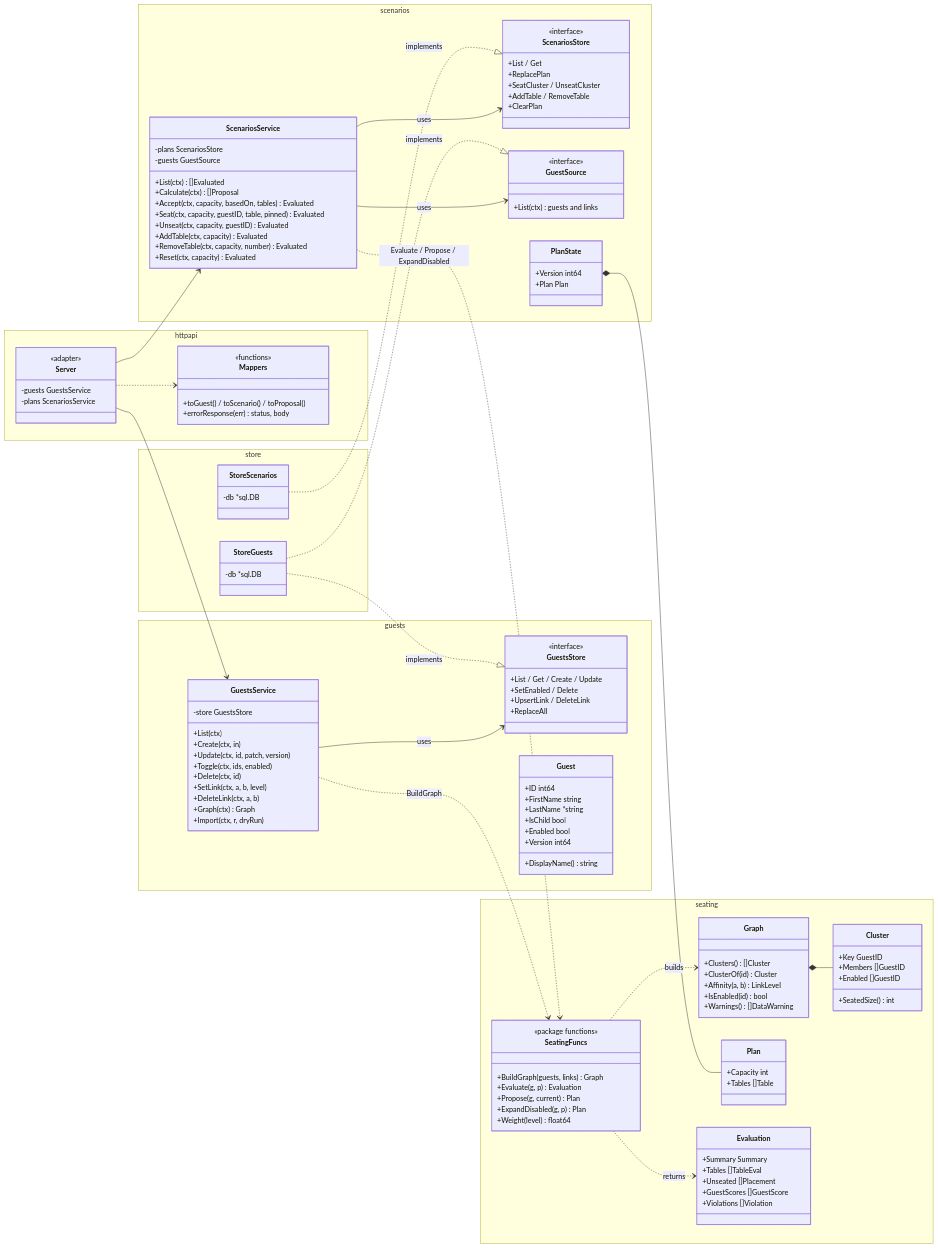
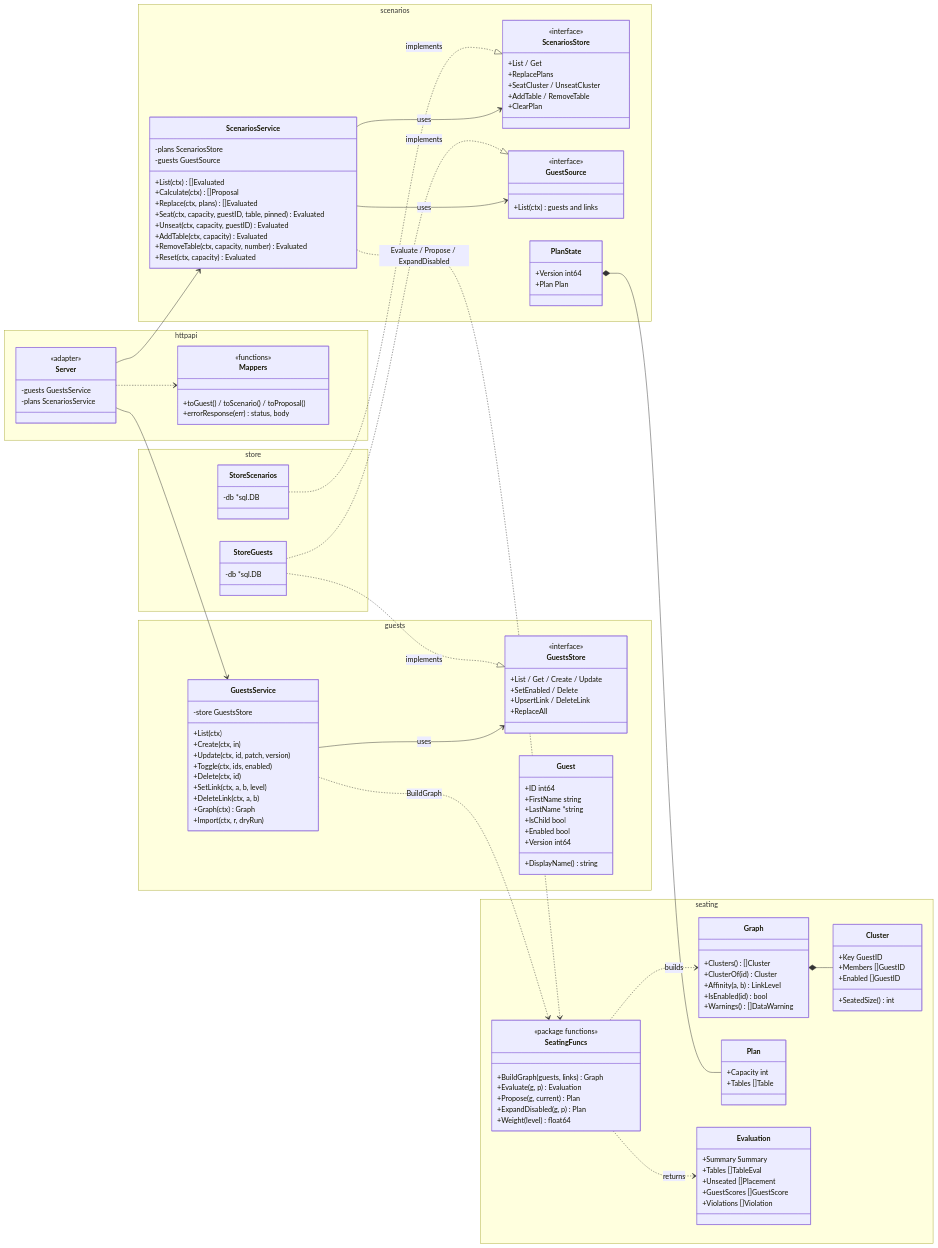
The second of 3 diagrams in docs/architecture/diagrams/003-backend-design.md (emicon123/wedding-seating-planner), drawn with Mermaid before and after one commit. The commit also changed other lines of this file and 17 other files, not shown here.

First line of the commit message:
feat(architecture): Generate stores all four plans at once, Cofnij undo (task 007, phase A)

```diff
--- a/docs/architecture/diagrams/003-backend-design.md
+++ b/docs/architecture/diagrams/003-backend-design.md
@@ -283,7 +287,7 @@
             -guests GuestSource
             +List(ctx) []Evaluated
             +Calculate(ctx) []Proposal
-            +Accept(ctx, capacity, basedOn, tables) Evaluated
+            +Replace(ctx, plans) []Evaluated
             +Seat(ctx, capacity, guestID, table, pinned) Evaluated
             +Unseat(ctx, capacity, guestID) Evaluated
             +AddTable(ctx, capacity) Evaluated
@@ -293,7 +297,7 @@
         class ScenariosStore {
             <<interface>>
             +List / Get
-            +ReplacePlan
+            +ReplacePlans
             +SeatCluster / UnseatCluster
             +AddTable / RemoveTable
             +ClearPlan
```
